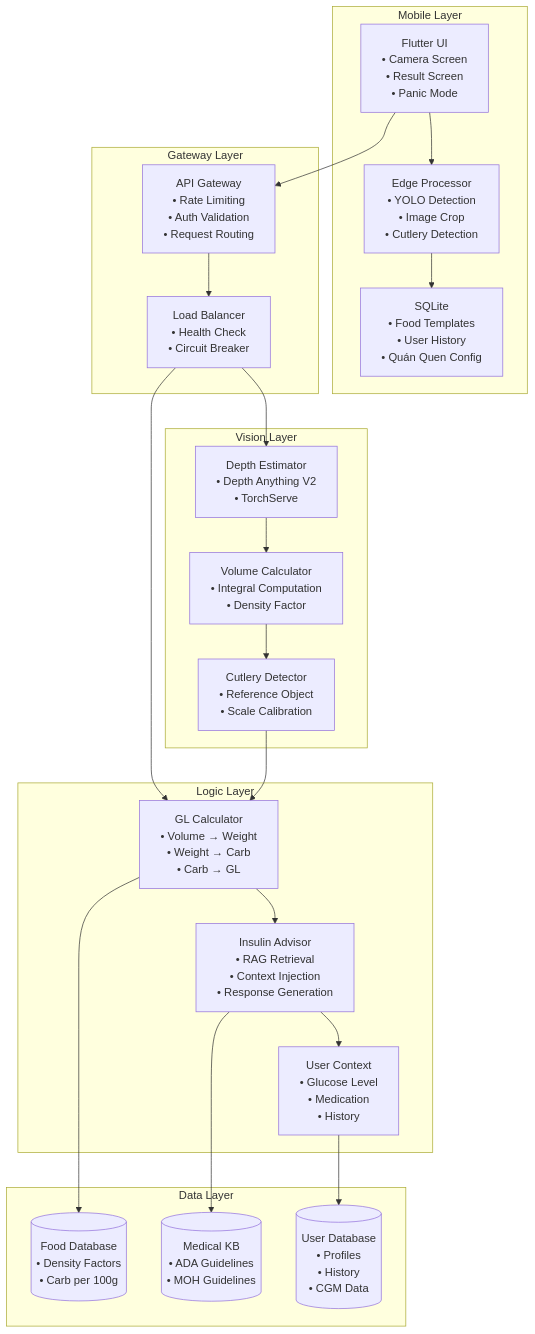
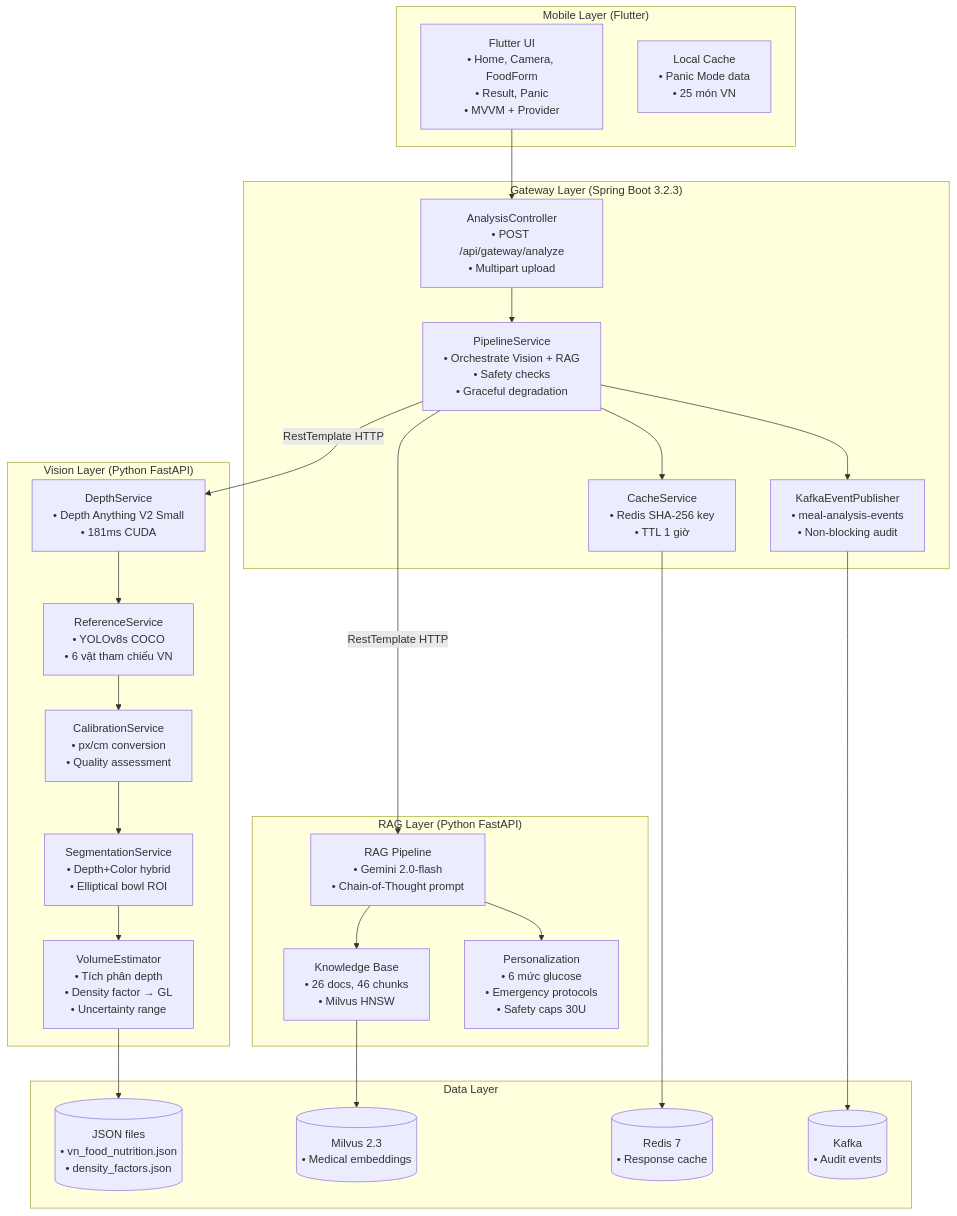
The second of 6 diagrams in docs/architecture.md (EurusDevSec/InSight), drawn with Mermaid before and after one commit. The commit also changed other lines of this file and 8 other files, not shown here.

Commit message:
docs: add comprehensive system architecture and project documentation

````diff
--- a/docs/architecture.md
+++ b/docs/architecture.md
@@ -70,46 +65,52 @@
 ```mermaid
 graph TD
-    subgraph "Mobile Layer"
-        UI[Flutter UI<br/>• Camera Screen<br/>• Result Screen<br/>• Panic Mode]
-        EdgeProcessor[Edge Processor<br/>• YOLO Detection<br/>• Image Crop<br/>• Cutlery Detection]
-        LocalDB[SQLite<br/>• Food Templates<br/>• User History<br/>• Quán Quen Config]
+    subgraph "Mobile Layer (Flutter)"
+        UI[Flutter UI<br/>• Home, Camera, FoodForm<br/>• Result, Panic<br/>• MVVM + Provider]
+        LocalCache[Local Cache<br/>• Panic Mode data<br/>• 25 món VN]
     end
 
-    subgraph "Gateway Layer"
-        APIGateway[API Gateway<br/>• Rate Limiting<br/>• Auth Validation<br/>• Request Routing]
-        LoadBalancer[Load Balancer<br/>• Health Check<br/>• Circuit Breaker]
+    subgraph "Gateway Layer (Spring Boot 3.2.3)"
+        APIGateway[AnalysisController<br/>• POST /api/gateway/analyze<br/>• Multipart upload]
+        Pipeline[PipelineService<br/>• Orchestrate Vision + RAG<br/>• Safety checks<br/>• Graceful degradation]
+        Cache[CacheService<br/>• Redis SHA-256 key<br/>• TTL 1 giờ]
+        Kafka[KafkaEventPublisher<br/>• meal-analysis-events<br/>• Non-blocking audit]
     end
 
-    subgraph "Vision Layer"
-        DepthEstimator[Depth Estimator<br/>• Depth Anything V2<br/>• TorchServe]
-        VolumeCalculator[Volume Calculator<br/>• Integral Computation<br/>• Density Factor]
-        CutleryDetector[Cutlery Detector<br/>• Reference Object<br/>• Scale Calibration]
+    subgraph "Vision Layer (Python FastAPI)"
+        Depth[DepthService<br/>• Depth Anything V2 Small<br/>• 181ms CUDA]
+        Reference[ReferenceService<br/>• YOLOv8s COCO<br/>• 6 vật tham chiếu VN]
+        Calibration[CalibrationService<br/>• px/cm conversion<br/>• Quality assessment]
+        Segmentation[SegmentationService<br/>• Depth+Color hybrid<br/>• Elliptical bowl ROI]
+        Volume[VolumeEstimator<br/>• Tích phân depth<br/>• Density factor → GL<br/>• Uncertainty range]
     end
 
-    subgraph "Logic Layer"
-        GLCalculator[GL Calculator<br/>• Volume → Weight<br/>• Weight → Carb<br/>• Carb → GL]
-        InsulinAdvisor[Insulin Advisor<br/>• RAG Retrieval<br/>• Context Injection<br/>• Response Generation]
-        UserContext[User Context<br/>• Glucose Level<br/>• Medication<br/>• History]
+    subgraph "RAG Layer (Python FastAPI)"
+        KB[Knowledge Base<br/>• 26 docs, 46 chunks<br/>• Milvus HNSW]
+        RAGPipe[RAG Pipeline<br/>• Gemini 2.0-flash<br/>• Chain-of-Thought prompt]
+        Clinical[Personalization<br/>• 6 mức glucose<br/>• Emergency protocols<br/>• Safety caps 30U]
     end
 
     subgraph "Data Layer"
-        FoodDB[(Food Database<br/>• Density Factors<br/>• Carb per 100g)]
-        MedicalKB[(Medical KB<br/>• ADA Guidelines<br/>• MOH Guidelines)]
-        UserDB[(User Database<br/>• Profiles<br/>• History<br/>• CGM Data)]
+        FoodDB[(JSON files<br/>• vn_food_nutrition.json<br/>• density_factors.json)]
+        Milvus[(Milvus 2.3<br/>• Medical embeddings)]
+        Redis[(Redis 7<br/>• Response cache)]
+        KafkaBroker[(Kafka<br/>• Audit events)]
     end
 
-    UI --> EdgeProcessor
-    EdgeProcessor --> LocalDB
     UI --> APIGateway
-    APIGateway --> LoadBalancer
-    LoadBalancer --> DepthEstimator
-    LoadBalancer --> GLCalculator
-    DepthEstimator --> VolumeCalculator
-    VolumeCalculator --> CutleryDetector
-    CutleryDetector --> GLCalculator
-    GLCalculator --> InsulinAdvisor
-    InsulinAdvisor --> UserContext
-    InsulinAdvisor --> MedicalKB
-    GLCalculator --> FoodDB
-    UserContext --> UserDB
+    APIGateway --> Pipeline
+    Pipeline --> Cache
+    Pipeline --> Kafka
+    Pipeline -->|RestTemplate HTTP| Depth
+    Depth --> Reference
+    Reference --> Calibration
+    Calibration --> Segmentation
+    Segmentation --> Volume
+    Volume --> FoodDB
+    Pipeline -->|RestTemplate HTTP| RAGPipe
+    RAGPipe --> KB
+    KB --> Milvus
+    RAGPipe --> Clinical
+    Cache --> Redis
+    Kafka --> KafkaBroker
 ```
````
